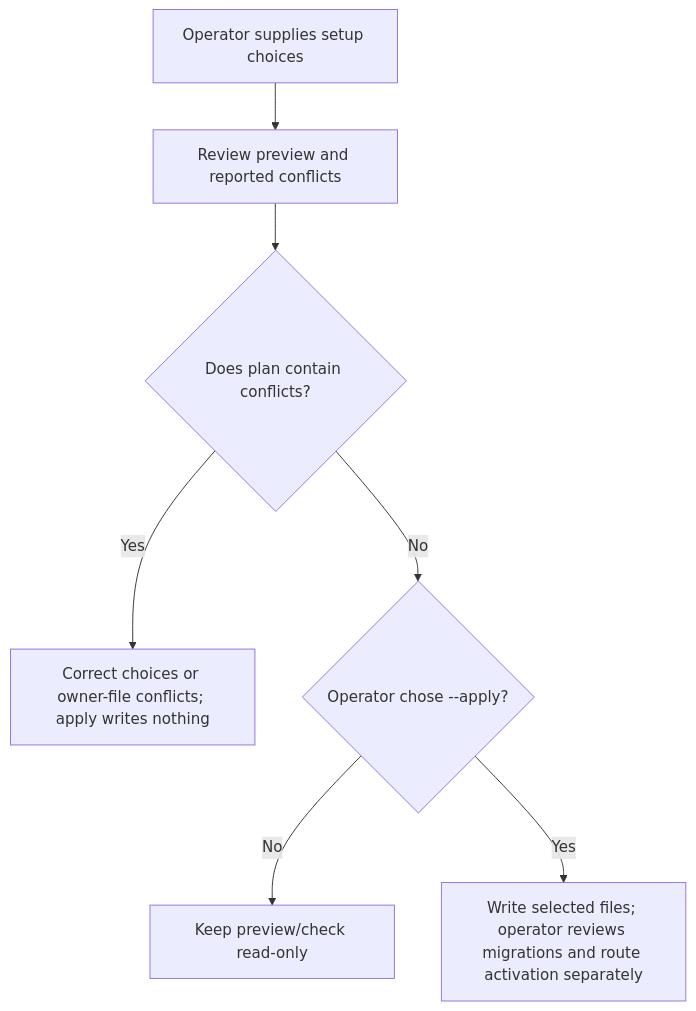
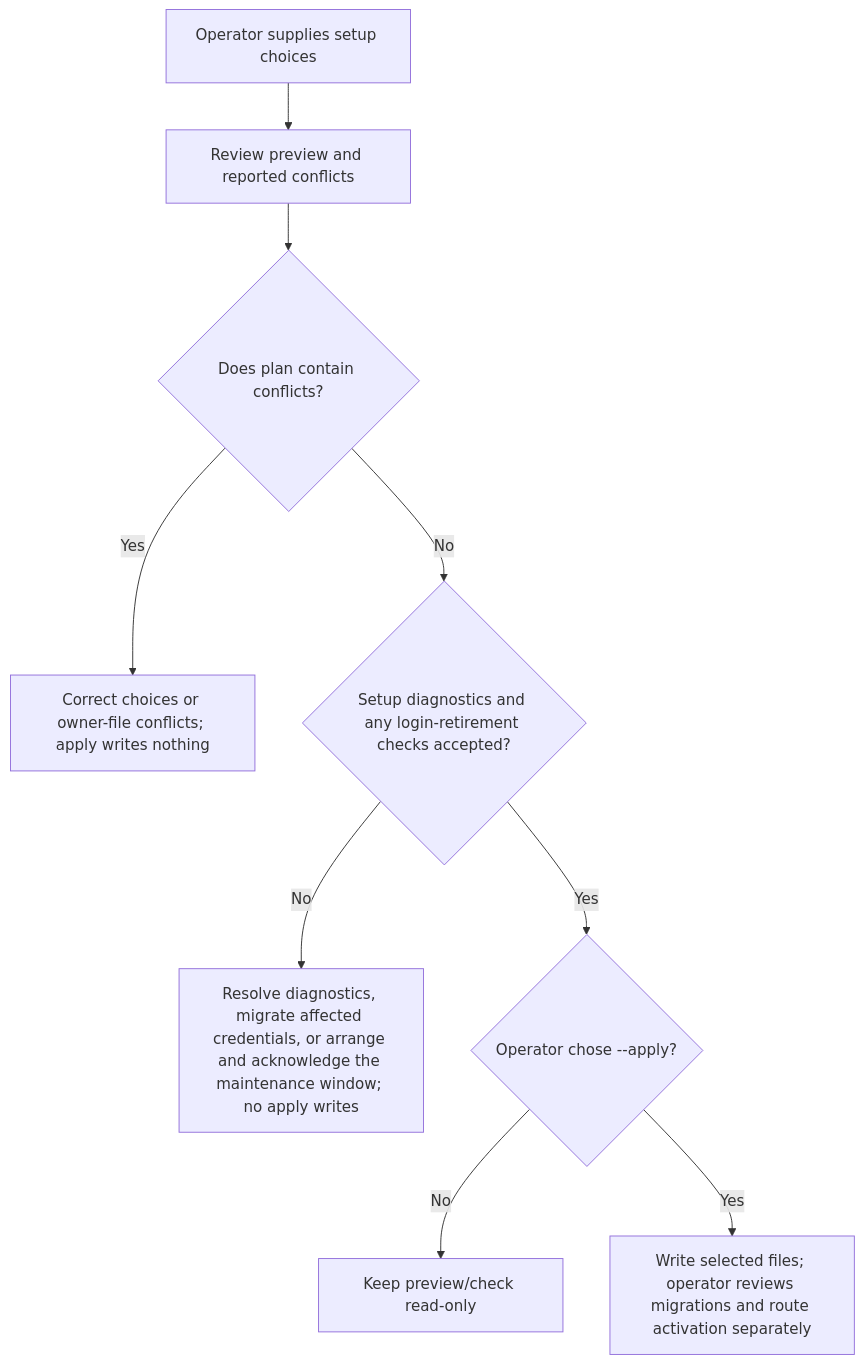
Before and after one commit to Kevinjohn/oss-adonisjs-account-kit: the first of 2 diagrams in user-stories/US-ACCOUNT-31-configure-account-kit.md, drawn with Mermaid. The commit also changed other lines of this file and 4 other files, not shown here.

Commit message:
docs: align admission and setup flow guarantees

````diff
--- a/user-stories/US-ACCOUNT-31-configure-account-kit.md
+++ b/user-stories/US-ACCOUNT-31-configure-account-kit.md
@@ -19,9 +19,11 @@
 ```mermaid
 flowchart TD
  A["Operator supplies setup choices"] --> B["Review preview and reported conflicts"]
  B --> C{"Does plan contain conflicts?"}
  C -->|Yes| D["Correct choices or owner-file conflicts; apply writes nothing"]
- C -->|No| E{"Operator chose --apply?"}
+ C -->|No| R{"Setup diagnostics and any login-retirement checks accepted?"}
+ R -->|No| H["Resolve diagnostics, migrate affected credentials, or arrange and acknowledge the maintenance window; no apply writes"]
+ R -->|Yes| E{"Operator chose --apply?"}
  E -->|No| F["Keep preview/check read-only"]
  E -->|Yes| G["Write selected files; operator reviews migrations and route activation separately"]
 ```
````
